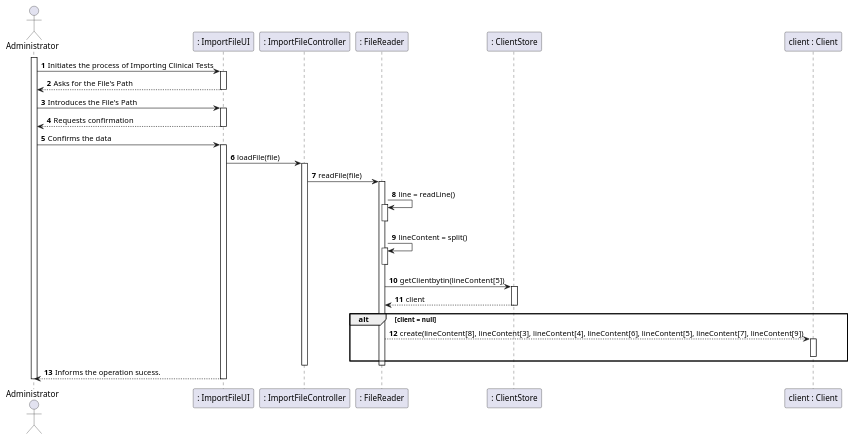
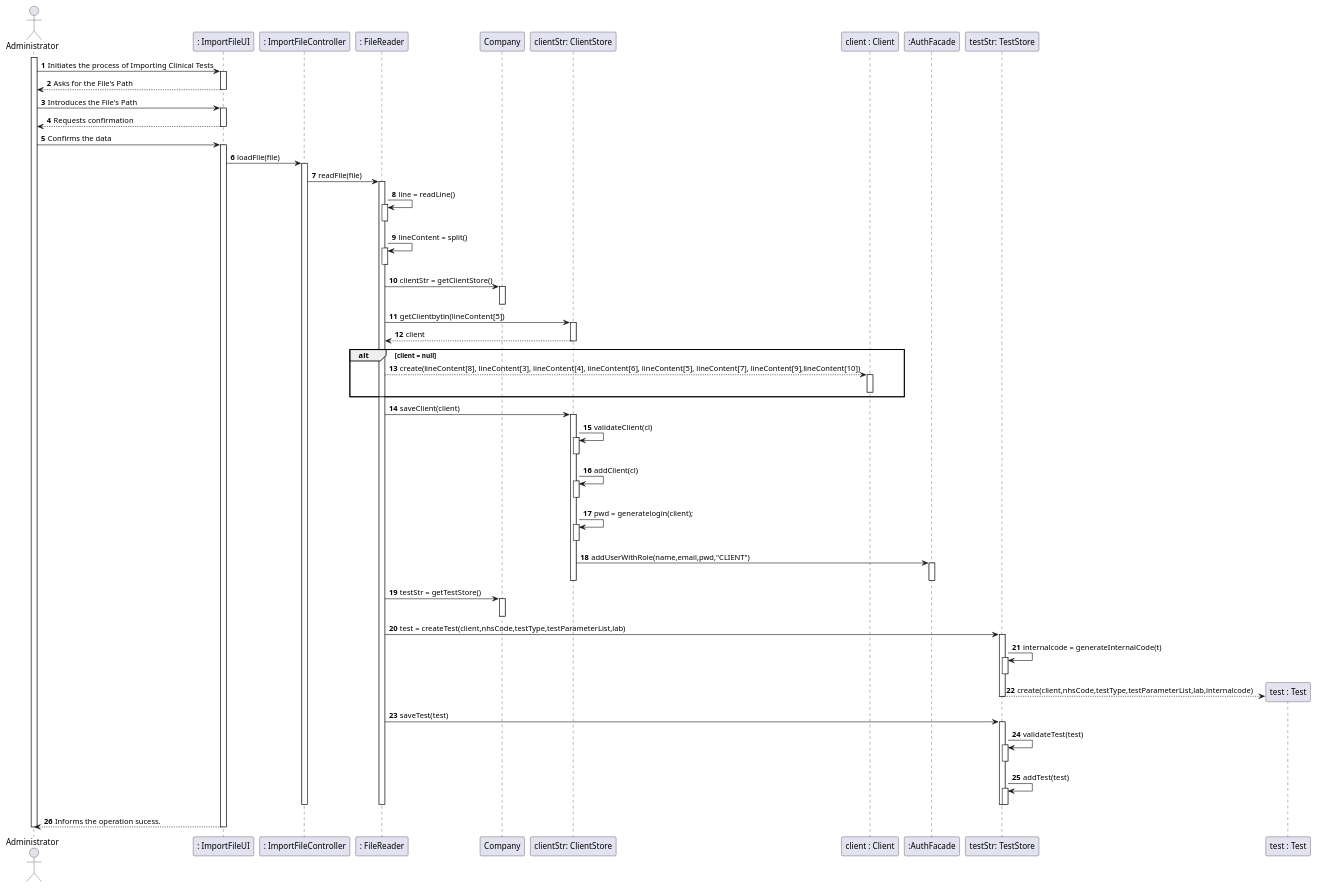
The diagram in docs/SprintD/US17/US17_SD.puml (manu-07-ela/LAPR2_ISEP), drawn with PlantUML before and after one commit. The commit also changed 37 other files, not shown here.

```diff
--- a/docs/SprintD/US17/US17_SD.puml
+++ b/docs/SprintD/US17/US17_SD.puml
@@ -1,54 +1,101 @@
 @startuml
 autonumber
 'hide footbox
 actor "Administrator" as ADMIN
 
 participant ": ImportFileUI" as UI
 participant ": ImportFileController" as CTRL
 participant ": FileReader" as reader
-participant ": ClientStore" as clientStr
+participant "Company" as COMP
+participant "clientStr: ClientStore" as clientStr
 participant "client : Client" as Client
+participant ":AuthFacade" as AF
+participant "testStr: TestStore" as testStr
+participant "test : Test" as Test
 
 activate ADMIN
 ADMIN -> UI : Initiates the process of Importing Clinical Tests
 activate UI
 UI --> ADMIN : Asks for the File's Path
 deactivate UI
 
 ADMIN -> UI : Introduces the File's Path
 activate UI
 
 UI --> ADMIN : Requests confirmation
 deactivate UI
 
 ADMIN -> UI : Confirms the data
 activate UI
 UI -> CTRL : loadFile(file)
 activate CTRL
 CTRL -> reader : readFile(file)
 activate reader
 reader -> reader : line = readLine()
 activate reader
 deactivate reader
 reader -> reader : lineContent = split()
 activate reader
 deactivate reader
+reader -> COMP : clientStr = getClientStore()
+activate COMP
+deactivate COMP
 reader -> clientStr : getClientbytin(lineContent[5])
 activate clientStr
 clientStr --> reader : client
 deactivate clientStr
 alt client = null
-reader --> Client :  create(lineContent[8], lineContent[3], lineContent[4], lineContent[6], lineContent[5], lineContent[7], lineContent[9])
+reader --> Client :  create(lineContent[8], lineContent[3], lineContent[4], lineContent[6], lineContent[5], lineContent[7], lineContent[9],lineContent[10])
 activate Client
 deactivate Client
 end
+reader -> clientStr : saveClient(client)
+activate clientStr
+clientStr -> clientStr: validateClient(cl)
+activate clientStr
+deactivate clientStr
+
+clientStr -> clientStr: addClient(cl)
+activate clientStr
+deactivate clientStr
+
+clientStr -> clientStr: pwd = generatelogin(client);
+activate clientStr
+deactivate clientStr
+
+clientStr -> AF: addUserWithRole(name,email,pwd,"CLIENT")
+activate AF
+deactivate AF
+deactivate clientStr
+deactivate clientStr
+reader -> COMP : testStr = getTestStore()
+activate COMP
+deactivate COMP
+reader -> testStr : test = createTest(client,nhsCode,testType,testParameterList,lab)
+activate testStr
+testStr -> testStr: internalcode = generateInternalCode(t)
+activate testStr
+deactivate testStr
+testStr --> Test**: create(client,nhsCode,testType,testParameterList,lab,internalcode)
+deactivate testStr
+reader -> testStr : saveTest(test)
+activate testStr
+
+testStr -> testStr: validateTest(test)
+activate testStr
+deactivate testStr
+testStr -> testStr: addTest(test)
+activate testStr
+deactivate testStr
+deactivate testStr
 deactivate reader
 deactivate CTRL
+
 UI --> ADMIN : Informs the operation sucess.
 deactivate UI
 
 
 
 deactivate ADMIN
 
 @enduml
```
